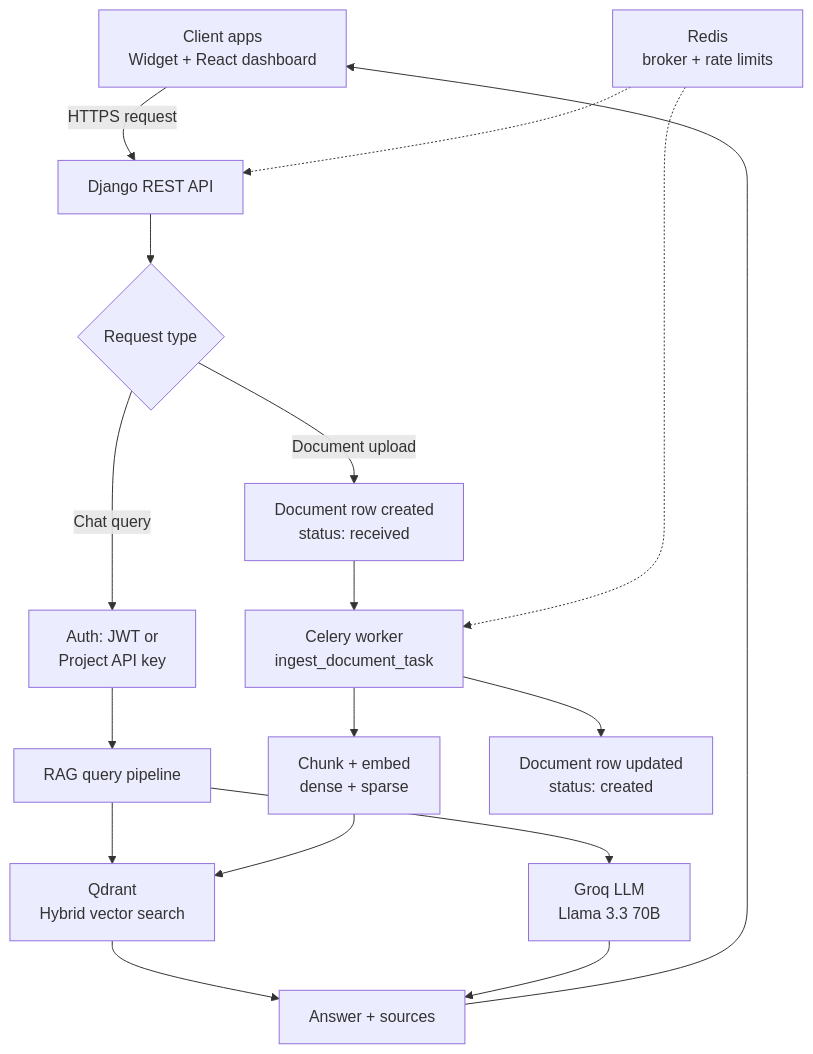
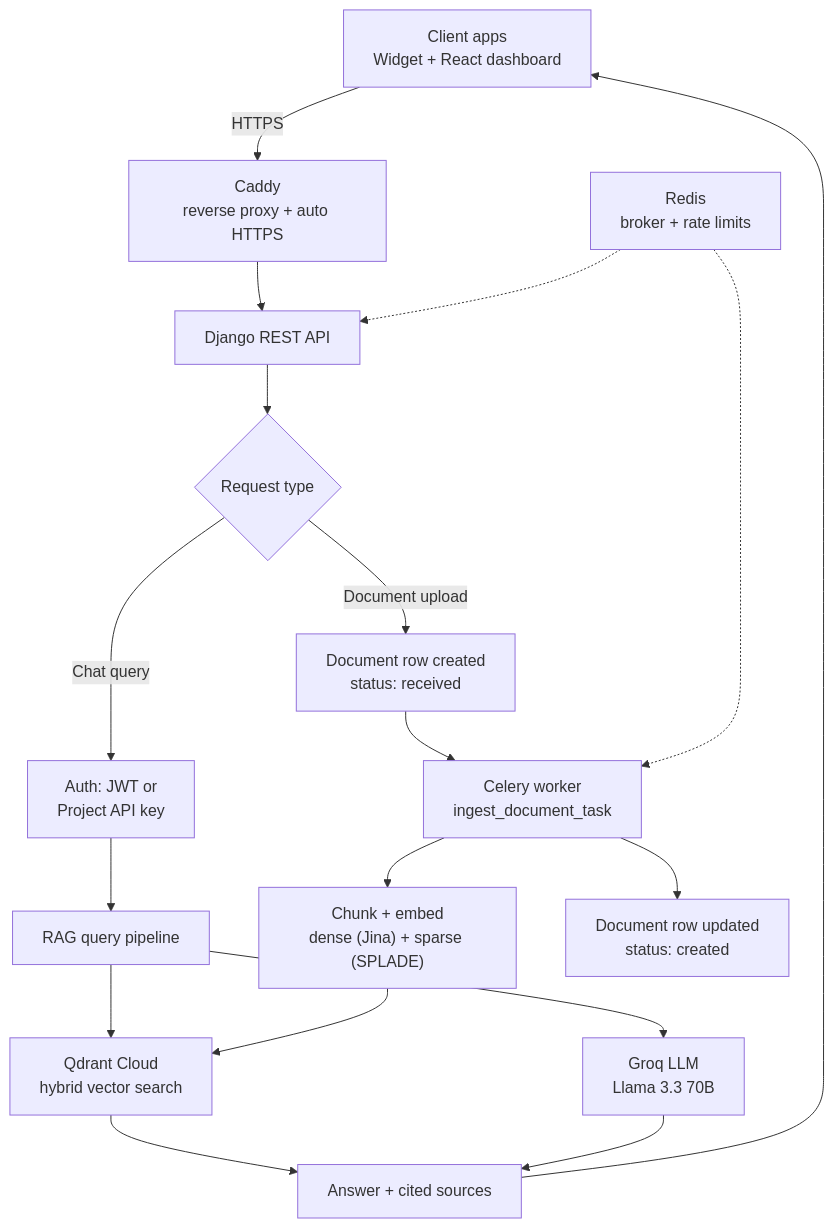
The first of 2 diagrams in README.md (arjun16-t/chatbot-saas), drawn with Mermaid before and after one commit. The commit also changed other lines of this file and 3 other files, not shown here.

````diff
--- a/README.md
+++ b/README.md
@@ -25,22 +38,23 @@
 ```mermaid
 flowchart TD
-    A["Client apps<br/>Widget + React dashboard"] -->|HTTPS request| B["Django REST API"]
-    B --> C{"Request type"}
+    A["Client apps<br/>Widget + React dashboard"] -->|HTTPS| B["Caddy<br/>reverse proxy + auto HTTPS"]
+    B --> C["Django REST API"]
+    C --> D{"Request type"}
 
-    C -->|"Chat query"| D["Auth: JWT or<br/>Project API key"]
-    D --> E["RAG query pipeline"]
-    E --> F["Qdrant<br/>Hybrid vector search"]
-    E --> G["Groq LLM<br/>Llama 3.3 70B"]
-    F --> H["Answer + sources"]
-    G --> H
-    H --> A
+    D -->|"Chat query"| E["Auth: JWT or<br/>Project API key"]
+    E --> F["RAG query pipeline"]
+    F --> G["Qdrant Cloud<br/>hybrid vector search"]
+    F --> H["Groq LLM<br/>Llama 3.3 70B"]
+    G --> I["Answer + cited sources"]
+    H --> I
+    I --> A
 
-    C -->|"Document upload"| I["Document row created<br/>status: received"]
-    I --> J["Celery worker<br/>ingest_document_task"]
-    J --> K["Chunk + embed<br/>dense + sparse"]
-    K --> F
-    J --> L["Document row updated<br/>status: created"]
+    D -->|"Document upload"| J["Document row created<br/>status: received"]
+    J --> K["Celery worker<br/>ingest_document_task"]
+    K --> L["Chunk + embed<br/>dense (Jina) + sparse (SPLADE)"]
+    L --> G
+    K --> M["Document row updated<br/>status: created"]
 
-    M["Redis<br/>broker + rate limits"] -.-> B
-    M -.-> J
+    N["Redis<br/>broker + rate limits"] -.-> C
+    N -.-> K
 ```
````
